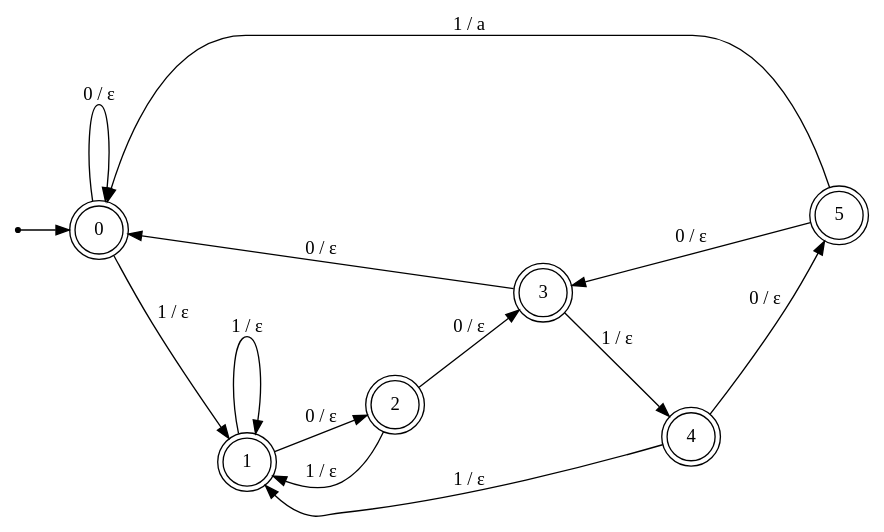
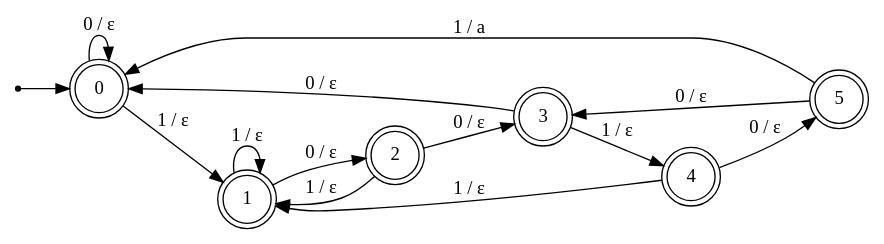
The diagram in dot/sub.dot (Mojashi/slides), drawn with Graphviz before and after one commit. The commit also changed 6 other files, not shown here.

```diff
--- a/dot/sub.dot
+++ b/dot/sub.dot
@@ -1,23 +1,23 @@
 digraph  {
 rankdir=LR;
 
 superstart[shape = point ];
 superstart->"0"
 "2" [shape=doublecircle];
 "3" [shape=doublecircle];
 "0" [shape=doublecircle];
 "5" [shape=doublecircle];
 "1" [shape=doublecircle];
 "4" [shape=doublecircle];
 "0" -> "1" [label="1 / ε",style = solid ];
 "0" -> "0" [label="0 / ε", style = solid ];
 "1" -> "1" [label="1 / ε", style = solid ];
 "1" -> "2" [label="0 / ε",style = solid ];
 "2" -> "1" [label="1 / ε", style = solid ];
 "2" -> "3" [label="0 / ε",style = solid ];
 "3" -> "4" [label="1 / ε",style = solid ];
 "3" -> "0" [label="0 / ε", style = solid ];
 "4" -> "1" [label="1 / ε", style = solid ];
 "4" -> "5" [label="0 / ε",style = solid ];
 "5" -> "0" [label="1 / a", style = solid ];
-"5" -> "3" [label="0 / ε", style = solid ];nodesep="1";}
+"5" -> "3" [label="0 / ε", style = solid ];}
```
